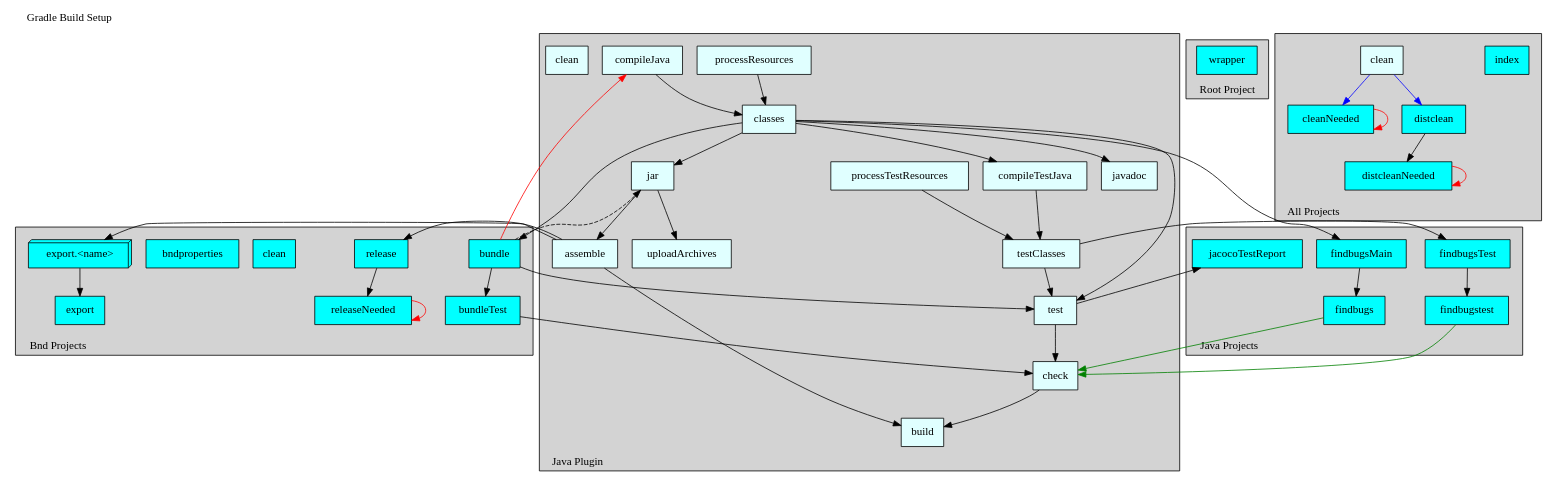
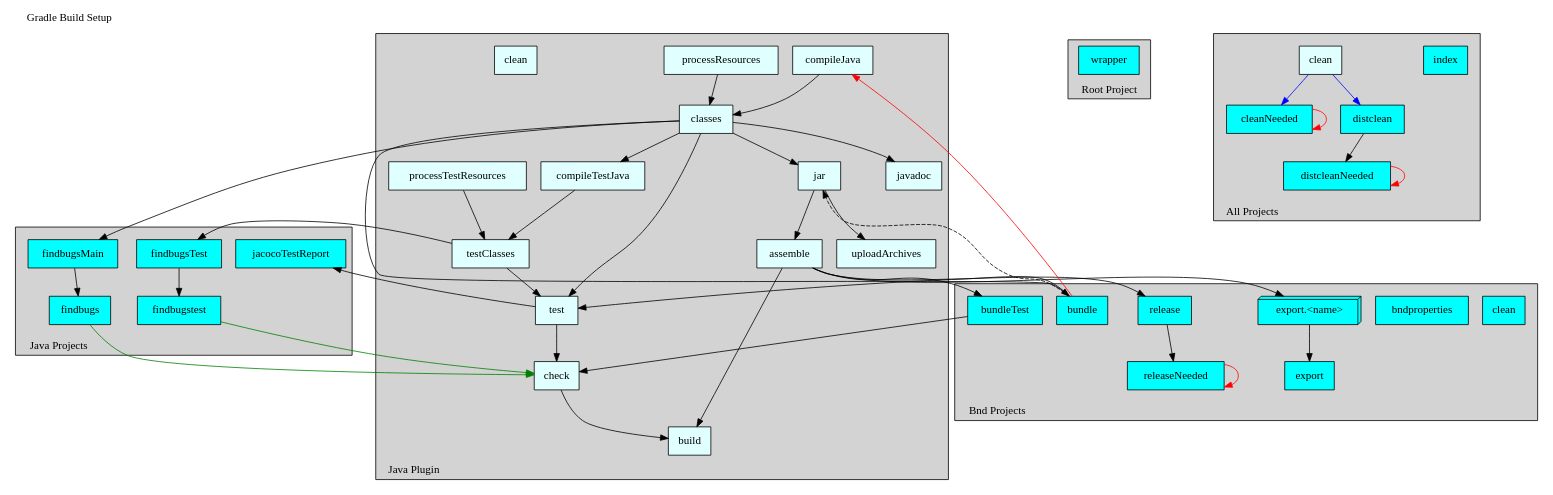
The diagram in nl.pelagic.bndtools.headless.build.plugin.gradle/resources/templates/unprocessed/cnf/gradle/doc/template.dot (paulvi/bndtoolsPlugins), drawn with Graphviz before and after one commit. The commit also changed 7 other files, not shown here.

Commit message:
gradle: make bundleTest task depend on 'assemble'

```diff
--- a/nl.pelagic.bndtools.headless.build.plugin.gradle/resources/templates/unprocessed/cnf/gradle/doc/template.dot
+++ b/nl.pelagic.bndtools.headless.build.plugin.gradle/resources/templates/unprocessed/cnf/gradle/doc/template.dot
@@ -1,195 +1,195 @@
 /*
  * WARNING
  *
  * This file is maintained automatically by Bndtools.
  * You should not edit it.
  *
  * See the BUILDING-GRADLE.md document in the root project for more details.
  *
  * To create an SVG diagram from this file, install graphviz and run:
  *   dot -Tsvg "$1.dot" -o "$1.svg"   (on a Linux   machine)
  *   dot -Tsvg "%1.dot" -o "%1.svg"   (on a Windows machine)
  */
 
 
 digraph GradleSetup {
   label="Gradle Build Setup"
   labelloc=t
   labeljust=l
 
   subgraph cluster1 {
     label="Java Plugin";
     labelloc=b
     labeljust=l
     style=filled;
     fillcolor=lightgrey;
     color=black;
 
     subgraph cluster11 {
       label="";
       style=invis;
       compileJava          [shape=box, style=filled, fillcolor=lightcyan, label="compileJava"         ]
       processResources     [shape=box, style=filled, fillcolor=lightcyan, label="processResources"    ]
       classes              [shape=box, style=filled, fillcolor=lightcyan, label="classes"             ]
       jar                  [shape=box, style=filled, fillcolor=lightcyan, label="jar"                 ]
     }
 
     subgraph cluster12 {
       label="";
       style=invis;
       compileTestJava      [shape=box, style=filled, fillcolor=lightcyan, label="compileTestJava"     ]
       processTestResources [shape=box, style=filled, fillcolor=lightcyan, label="processTestResources"]
       testClasses          [shape=box, style=filled, fillcolor=lightcyan, label="testClasses"         ]
       test                 [shape=box, style=filled, fillcolor=lightcyan, label="test"                ]
       check                [shape=box, style=filled, fillcolor=lightcyan, label="check"               ]
     }
 
     subgraph cluster13 {
       label="";
       style=invis;
       uploadArchives       [shape=box, style=filled, fillcolor=lightcyan, label="uploadArchives"      ]
       assemble             [shape=box, style=filled, fillcolor=lightcyan, label="assemble"            ]
     }
 
     build                  [shape=box, style=filled, fillcolor=lightcyan, label="build"               ]
     javadoc                [shape=box, style=filled, fillcolor=lightcyan, label="javadoc"             ]
     cleanJava              [shape=box, style=filled, fillcolor=lightcyan, label="clean"               ]
 
     compileJava            -> classes
     processResources       -> classes
     classes                -> javadoc
     classes                -> test
     classes                -> compileTestJava
     classes                -> jar
     compileTestJava        -> testClasses
     processTestResources   -> testClasses
     jar                    -> uploadArchives
     jar                    -> assemble
     testClasses            -> test
     assemble               -> build
     test                   -> check
     check                  -> build
   }
 
 
   subgraph cluster2 {
     label="Bnd Projects";
     labelloc=b
     labeljust=l
     style=filled;
     fillcolor=lightgrey;
     color=black;
 
     subgraph cluster21 {
       label="";
       style=invis;
       bundle               [shape=box, style=filled, fillcolor=cyan     , label="bundle"              ]
       bundleTest           [shape=box, style=filled, fillcolor=cyan     , label="bundleTest"          ]
     }
 
     subgraph cluster22 {
       label="";
       style=invis;
       release              [shape=box, style=filled, fillcolor=cyan     , label="release"             ]
       releaseNeeded        [shape=box, style=filled, fillcolor=cyan     , label="releaseNeeded"       ]
     }
 
     subgraph cluster23 {
       label="";
       style=invis;
       cleanBnd             [shape=box,   style=filled, fillcolor=cyan   , label="clean"               ]
       bndproperties        [shape=box,   style=filled, fillcolor=cyan   , label="bndproperties"       ]
       exportX              [shape=box3d, style=filled, fillcolor=cyan   , label="export.<name>"       ]
       export               [shape=box,   style=filled, fillcolor=cyan   , label="export"              ]
     }
 
     classes                -> bundle
     bundle                 -> compileJava        [color=red   ]
     bundle                 -> jar                [style=dashed]
-    bundle                 -> bundleTest
+    assemble               -> bundleTest
     bundle                 -> test
     assemble               -> release
     assemble               -> exportX
     exportX                -> export
     bundleTest             -> check
     release                -> releaseNeeded
     releaseNeeded          -> releaseNeeded      [color=red   ]
   }
 
 
   subgraph cluster3 {
     label="Root Project";
     labelloc=b
     labeljust=l
     style=filled;
     fillcolor=lightgrey;
     color=black;
 
     wrapper                [shape=box, style=filled, fillcolor=cyan     , label="wrapper"             ]
   }
 
 
   subgraph cluster4 {
     label="Java Projects";
     labelloc=b
     labeljust=l
     style=filled;
     fillcolor=lightgrey;
     color=black;
 
     subgraph cluster41 {
       label="";
       style=invis;
       findbugstest         [shape=box, style=filled, fillcolor=cyan     , label="findbugstest"        ]
       findbugsTest         [shape=box, style=filled, fillcolor=cyan     , label="findbugsTest"        ]
     }
 
     subgraph cluster42 {
       label="";
       style=invis;
       findbugs             [shape=box, style=filled, fillcolor=cyan     , label="findbugs"            ]
       findbugsMain         [shape=box, style=filled, fillcolor=cyan     , label="findbugsMain"        ]
     }
 
     jacocoTestReport       [shape=box, style=filled, fillcolor=cyan     , label="jacocoTestReport"    ]
 
     classes                -> findbugsMain
     testClasses            -> findbugsTest
     findbugsMain           -> findbugs
     findbugsTest           -> findbugstest
     findbugs               -> check              [color=green ]
     findbugstest           -> check              [color=green ]
     test                   -> jacocoTestReport
   }
 
 
   subgraph cluster5 {
     label="All Projects";
     labelloc=b
     labeljust=l
     style=filled;
     fillcolor=lightgrey;
     color=black;
 
     subgraph cluster21 {
       label="";
       style=invis;
       index                [shape=box, style=filled, fillcolor=cyan     , label="index"               ]
     }
 
     subgraph cluster22 {
       label="";
       style=invis;
       clean                [shape=box, style=filled, fillcolor=lightcyan, label="clean"               ]
       cleanNeeded          [shape=box, style=filled, fillcolor=cyan     , label="cleanNeeded"         ]
       distclean            [shape=box, style=filled, fillcolor=cyan     , label="distclean"           ]
       distcleanNeeded      [shape=box, style=filled, fillcolor=cyan     , label="distcleanNeeded"     ]
     }
 
     clean                  -> cleanNeeded        [color=blue  ]
     cleanNeeded            -> cleanNeeded        [color=red   ]
     clean                  -> distclean          [color=blue  ]
     distclean              -> distcleanNeeded
     distcleanNeeded        -> distcleanNeeded    [color=red   ]
   }
 }
```
